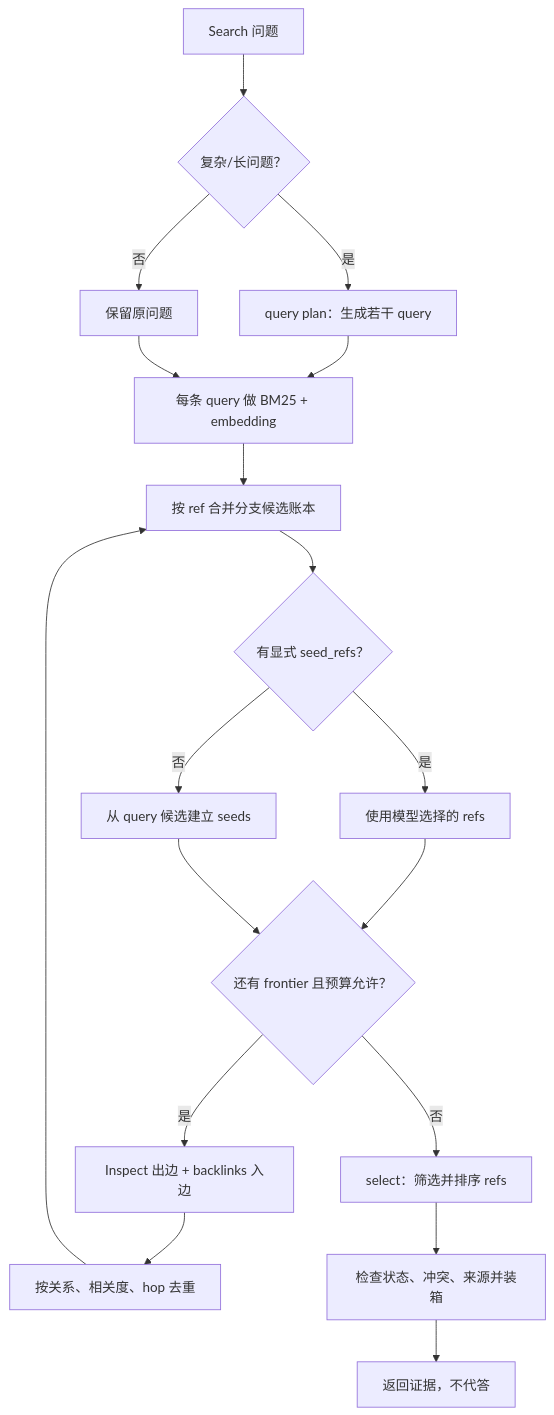
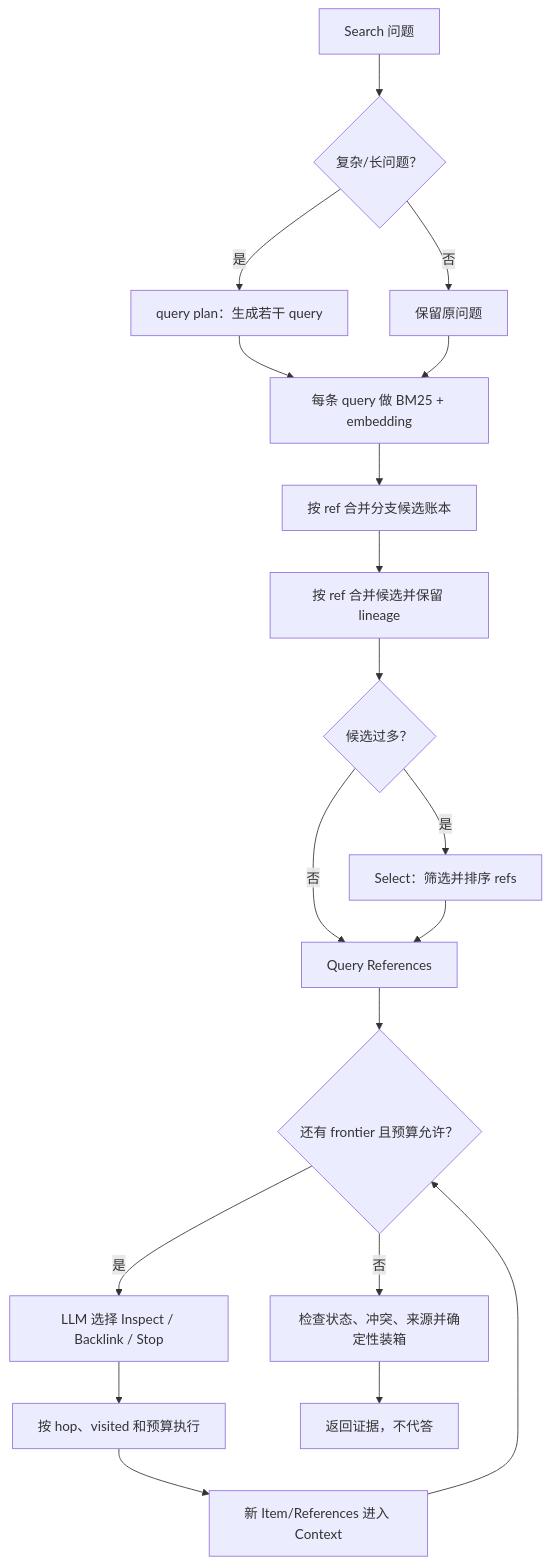
The second of 5 diagrams in DESIGN.md (Graygoo7529/AM-Link), drawn with Mermaid before and after one commit. The commit also changed other lines of this file and 42 other files, not shown here.

````diff
--- a/DESIGN.md
+++ b/DESIGN.md
@@ -60,20 +62,21 @@
 ```mermaid
 flowchart TD
   A[Search 问题] --> B{复杂/长问题？}
   B -->|是| C[query plan：生成若干 query]
   B -->|否| D[保留原问题]
   C --> E[每条 query 做 BM25 + embedding]
   D --> E
   E --> F[按 ref 合并分支候选账本]
-  F --> G{有显式 seed_refs？}
-  G -->|是| H[使用模型选择的 refs]
-  G -->|否| I[从 query 候选建立 seeds]
-  H --> J{还有 frontier 且预算允许？}
+  F --> G[按 ref 合并候选并保留 lineage]
+  G --> H{候选过多？}
+  H -->|是| I[Select：筛选并排序 refs]
+  H -->|否| J[Query References]
   I --> J
-  J -->|是| K[Inspect 出边 + backlinks 入边]
-  K --> L[按关系、相关度、hop 去重]
-  L --> F
-  J -->|否| M[select：筛选并排序 refs]
-  M --> N[检查状态、冲突、来源并装箱]
-  N --> O[返回证据，不代答]
+  J --> K{还有 frontier 且预算允许？}
+  K -->|是| L[LLM 选择 Inspect / Backlink / Stop]
+  L --> M[按 hop、visited 和预算执行]
+  M --> N[新 Item/References 进入 Context]
+  N --> K
+  K -->|否| O[检查状态、冲突、来源并确定性装箱]
+  O --> P[返回证据，不代答]
 ```
````
